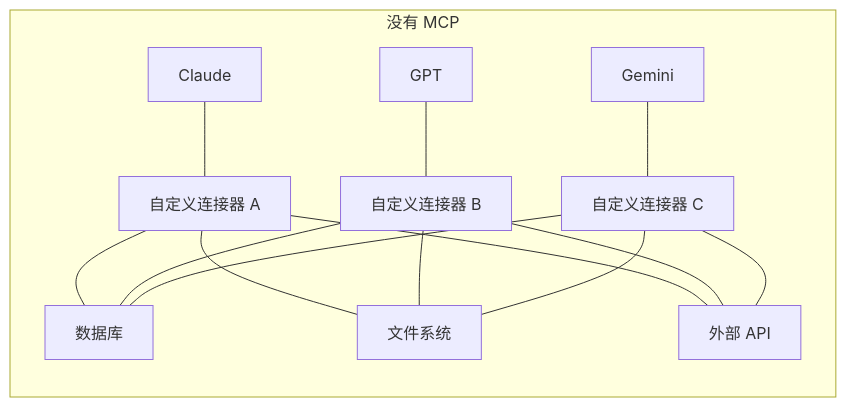
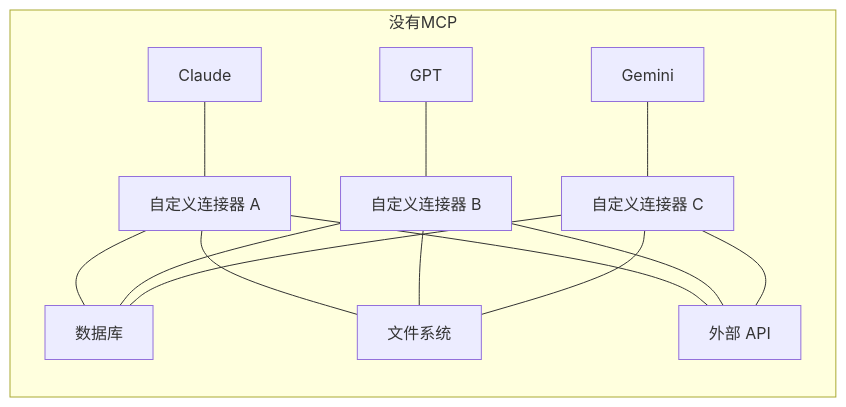
One commit to ifnodoraemon/ifnodoraemon.github.io changed the first of 7 diagrams in content/zh/articles/mcp-guide.md. Above: the diagram before and after it, drawn with Mermaid. The commit also changed other lines of this file and 1 other file, not shown here.

Commit message:
fix(articles): replace Mermaid & syntax with explicit connections
- Remove & parallel connection operator from all Mermaid diagrams
- Use explicit individual connections (A --- B, A --- C) instead
- Simplify subgraph names to avoid special characters
- Fixes page rendering crash caused by Mermaid parse errors

````diff
--- a/content/zh/articles/mcp-guide.md
+++ b/content/zh/articles/mcp-guide.md
@@ -14,11 +14,17 @@
 ```mermaid
 graph LR
-    subgraph 没有 MCP
+    subgraph 没有MCP
         A1["Claude"] --- X1["自定义连接器 A"]
         A2["GPT"] --- X2["自定义连接器 B"]
         A3["Gemini"] --- X3["自定义连接器 C"]
-        X1 & X2 & X3 --- D1["数据库"]
-        X1 & X2 & X3 --- D2["文件系统"]
-        X1 & X2 & X3 --- D3["外部 API"]
+        X1 --- D1["数据库"]
+        X2 --- D1
+        X3 --- D1
+        X1 --- D2["文件系统"]
+        X2 --- D2
+        X3 --- D2
+        X1 --- D3["外部 API"]
+        X2 --- D3
+        X3 --- D3
     end
 ```
````
